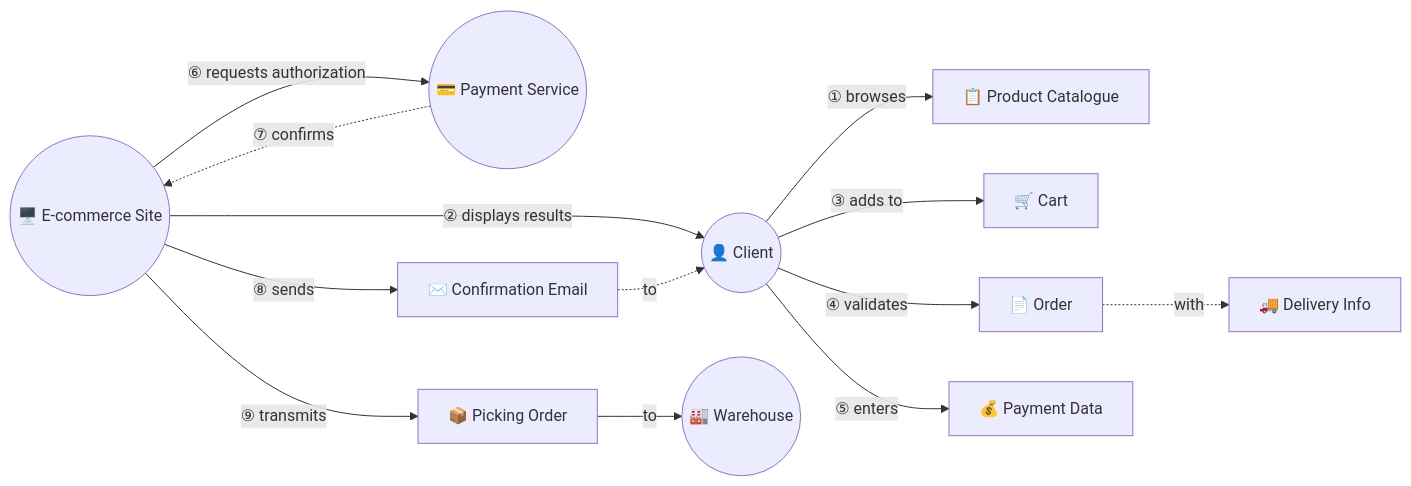
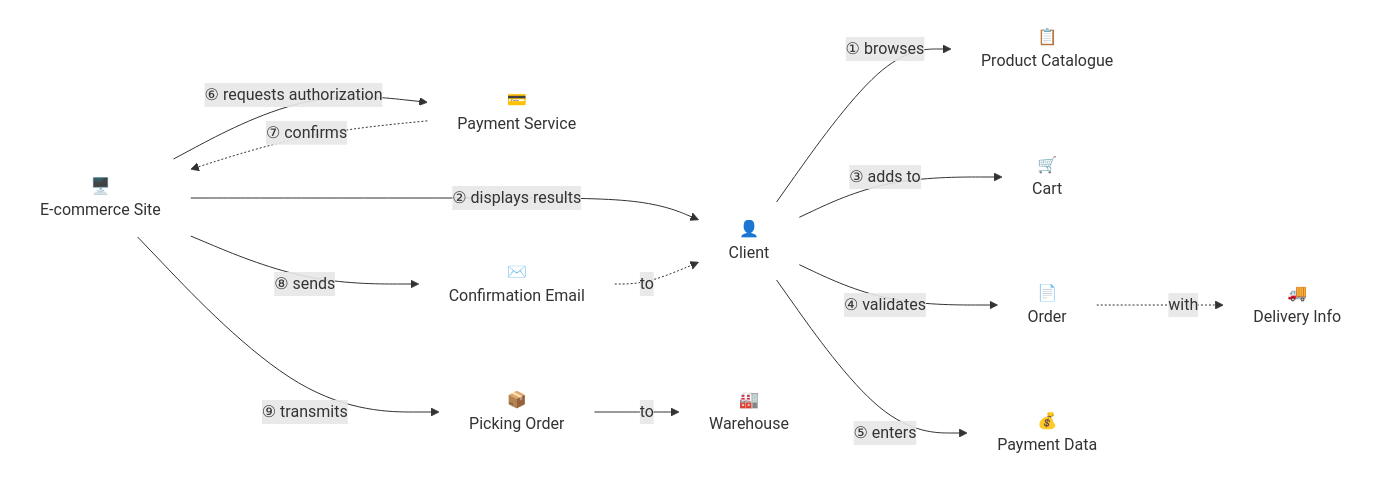
One commit to jguidoux/create-domainstory-skill changed the diagram in SKILL.md. Above: the diagram before and after it, drawn with Mermaid. The commit also changed other lines of this file, not shown here.

Commit message:
Use borderless nodes (fill:none) with emoji + label via <br/>

````diff
--- a/SKILL.md
+++ b/SKILL.md
@@ -155,31 +157,34 @@
 ```mermaid
 graph LR
+    classDef actor fill:none,stroke:none
+    classDef wo fill:none,stroke:none
+
     %% Actors
-    Client((👤 Client))
-    Site((🖥️ E-commerce Site))
-    Payment((💳 Payment Service))
-    Warehouse((🏭 Warehouse))
+    Client["👤<br/>Client"]:::actor
+    Site["🖥️<br/>E-commerce Site"]:::actor
+    Payment["💳<br/>Payment Service"]:::actor
+    Warehouse["🏭<br/>Warehouse"]:::actor
 
     %% Work Objects
-    Catalogue[📋 Product Catalogue]
-    Cart[🛒 Cart]
-    Order[📄 Order]
-    Delivery[🚚 Delivery Info]
-    PaymentData[💰 Payment Data]
-    Email[✉️ Confirmation Email]
-    PickingOrder[📦 Picking Order]
+    Catalogue["📋<br/>Product Catalogue"]:::wo
+    Cart["🛒<br/>Cart"]:::wo
+    Order["📄<br/>Order"]:::wo
+    Delivery["🚚<br/>Delivery Info"]:::wo
+    PaymentData["💰<br/>Payment Data"]:::wo
+    Email["✉️<br/>Confirmation Email"]:::wo
+    PickingOrder["📦<br/>Picking Order"]:::wo
 
     %% Activities
     Client -->|① browses| Catalogue
     Site -->|② displays results| Client
     Client -->|③ adds to| Cart
     Client -->|④ validates| Order
     Order -.->|with| Delivery
     Client -->|⑤ enters| PaymentData
     Site -->|⑥ requests authorization| Payment
     Payment -.->|⑦ confirms| Site
     Site -->|⑧ sends| Email
     Email -.->|to| Client
     Site -->|⑨ transmits| PickingOrder
     PickingOrder -->|to| Warehouse
 ```
````
